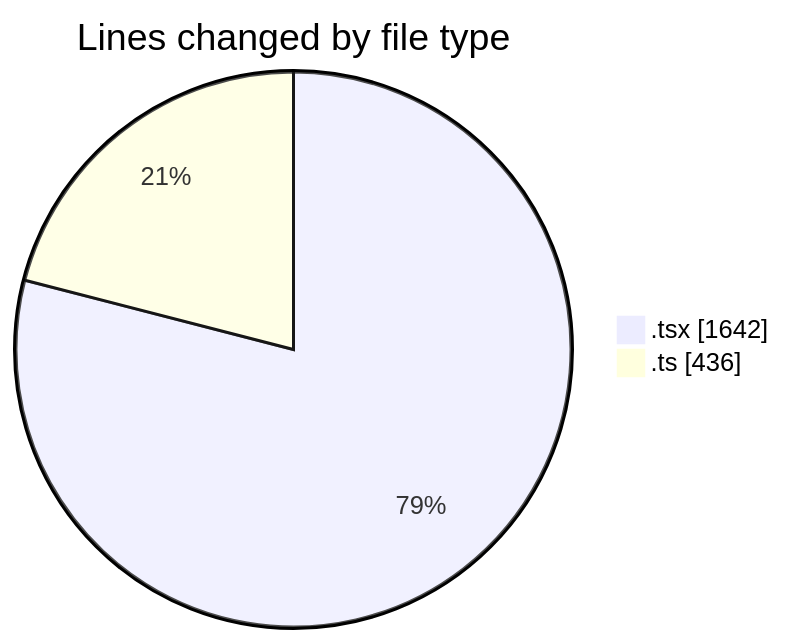
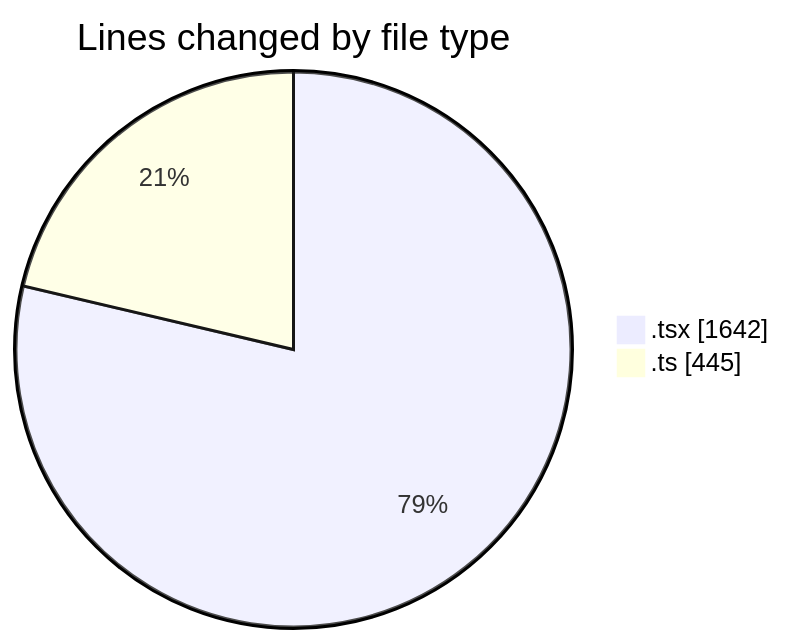
One commit to momahboobian/code-tracking changed the first of 2 diagrams in 2025-09-24/cda/README.md. Above: the diagram before and after it, drawn with Mermaid. The commit also changed other lines of this file and 1 other file, not shown here.

````diff
--- a/2025-09-24/cda/README.md
+++ b/2025-09-24/cda/README.md
@@ -28,6 +28,6 @@
 ```mermaid
 pie showData
 title Lines changed by file type
 ".tsx" : 1642
-".ts" : 436
+".ts" : 445
 ```
````
